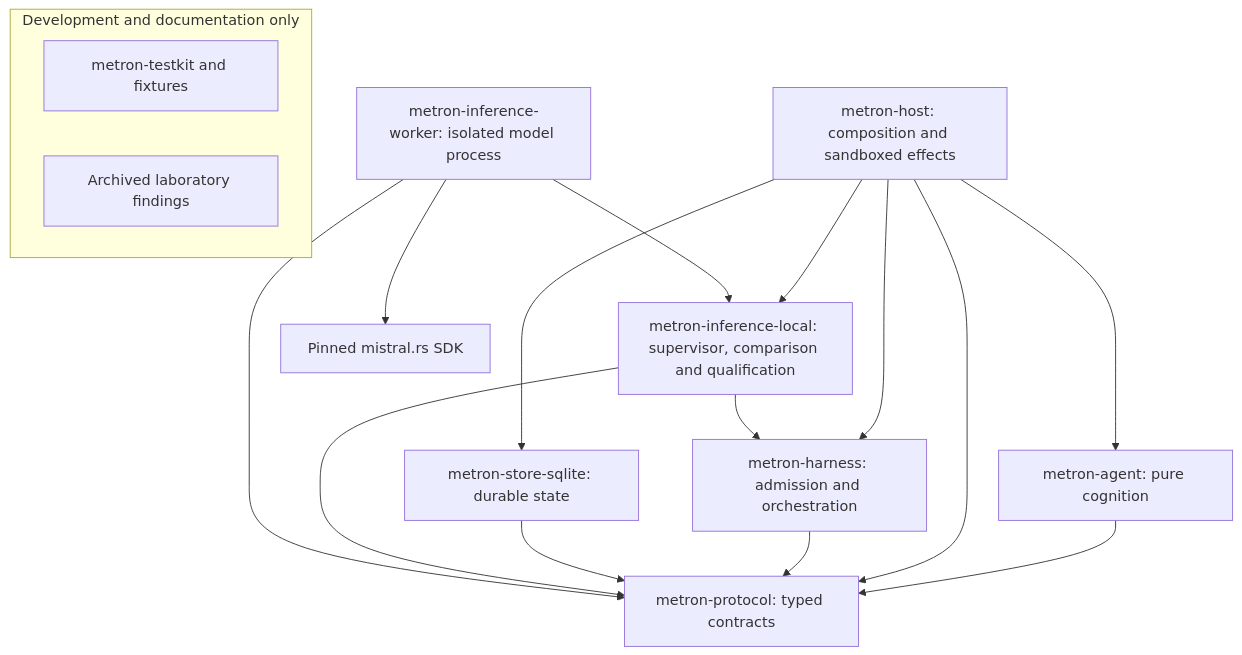
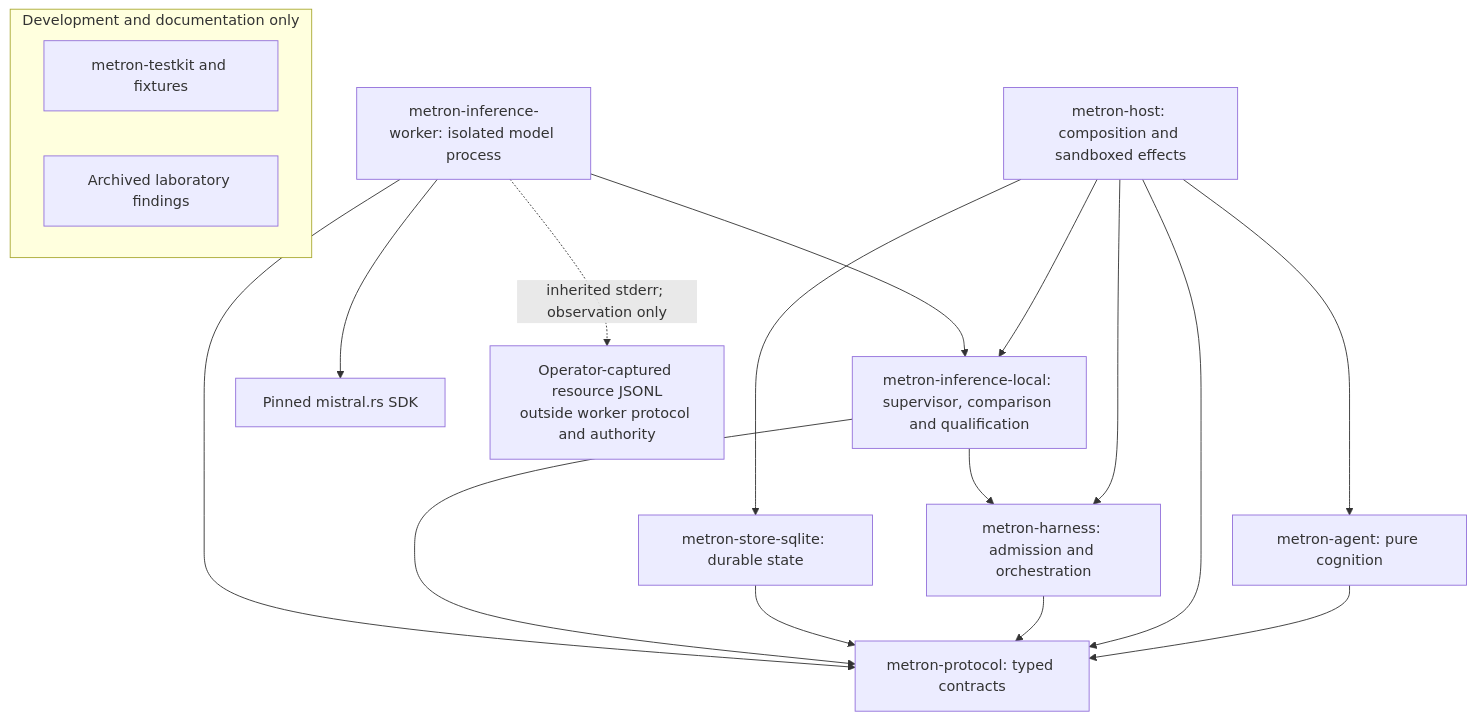
Before and after one commit to kmosoti/Metron: the first of 2 diagrams in docs/architecture/overview.md, drawn with Mermaid. The commit also changed other lines of this file and 13 other files, not shown here.

````diff
--- a/docs/architecture/overview.md
+++ b/docs/architecture/overview.md
@@ -11,20 +11,21 @@
 ```mermaid
 flowchart TD
     Host[metron-host: composition and sandboxed effects] --> Agent[metron-agent: pure cognition]
     Host --> Harness[metron-harness: admission and orchestration]
     Host --> Store[metron-store-sqlite: durable state]
     Host --> Local[metron-inference-local: supervisor, comparison and qualification]
     Agent --> Protocol[metron-protocol: typed contracts]
     Host --> Protocol
     Harness --> Protocol
     Store --> Protocol
     Local --> Protocol
     Local --> Harness
     Worker[metron-inference-worker: isolated model process] --> Local
     Worker --> Protocol
     Worker --> SDK[Pinned mistral.rs SDK]
+    Worker -.->|inherited stderr; observation only| Resource[Operator-captured resource JSONL<br/>outside worker protocol and authority]
     subgraph Support[Development and documentation only]
         Testkit[metron-testkit and fixtures]
         Archive[Archived laboratory findings]
     end
 ```
````
